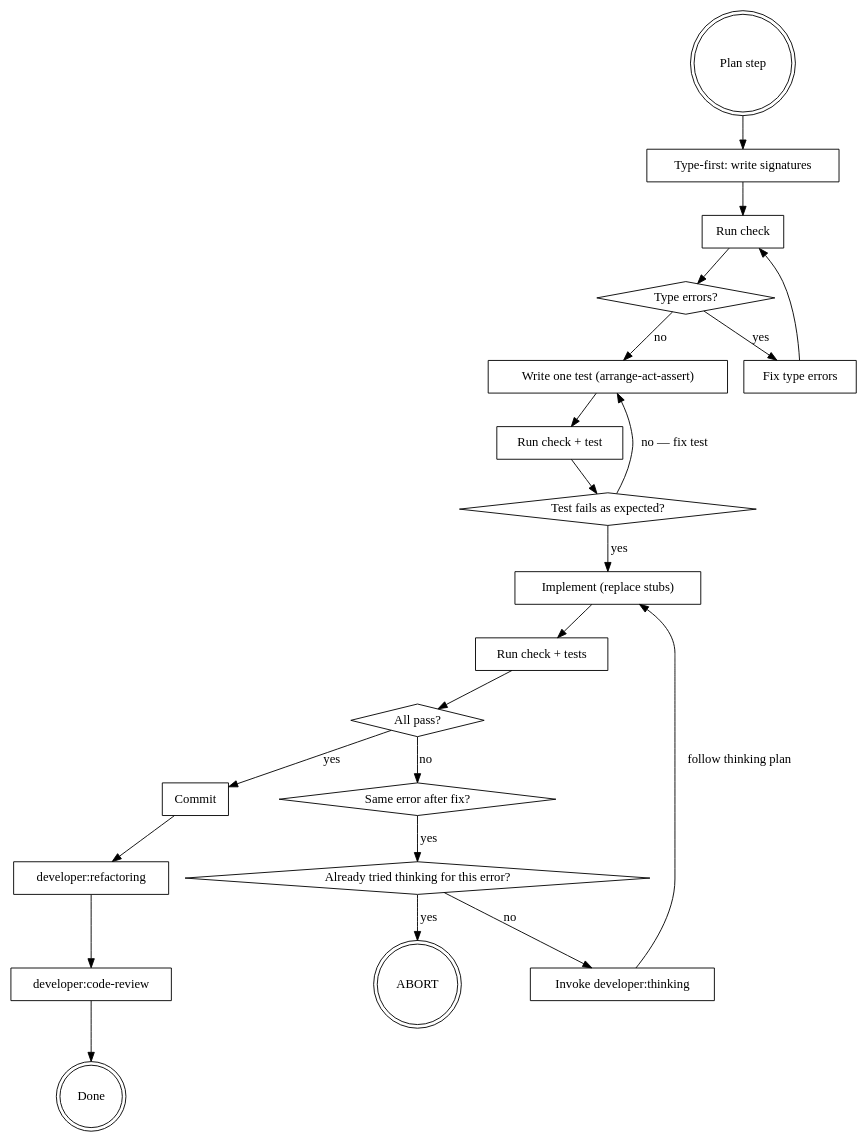
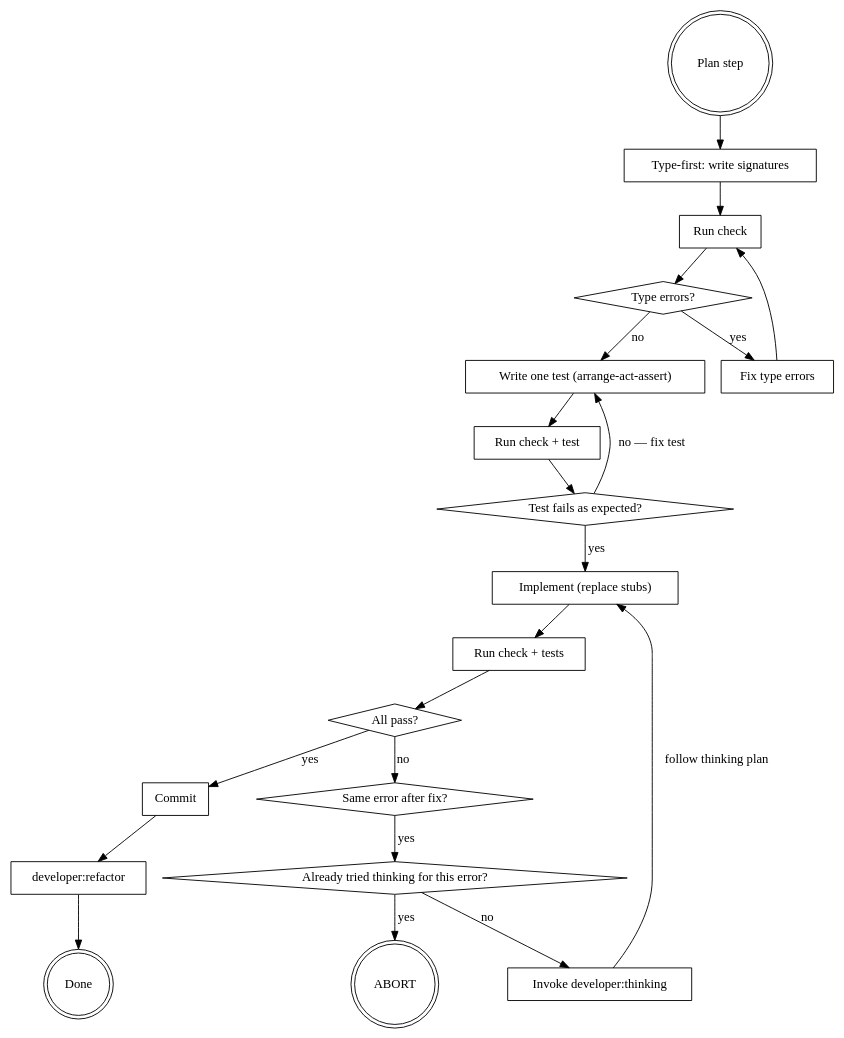
One commit to DavidSouther/domain-driven-design changed the diagram in developer/skills/red-green-refactor/SKILL.md. Above: the diagram before and after it, drawn with Graphviz. The commit also changed other lines of this file and 8 other files, not shown here.

Commit message:
Consolidate code-review into refactor

````diff
--- a/developer/skills/red-green-refactor/SKILL.md
+++ b/developer/skills/red-green-refactor/SKILL.md
@@ -16,45 +16,43 @@
 ```dot
 digraph rgr {
     "Plan step" [shape=doublecircle];
     "Type-first: write signatures" [shape=box];
     "Run check" [shape=box];
     "Type errors?" [shape=diamond];
     "Fix type errors" [shape=box];
     "Write one test (arrange-act-assert)" [shape=box];
     "Run check + test" [shape=box];
     "Test fails as expected?" [shape=diamond];
     "Implement (replace stubs)" [shape=box];
     "Run check + tests" [shape=box];
     "All pass?" [shape=diamond];
     "Same error after fix?" [shape=diamond];
     "Invoke developer:thinking" [shape=box];
     "Already tried thinking for this error?" [shape=diamond];
     "ABORT" [shape=doublecircle];
     "Commit" [shape=box];
-    "developer:refactoring" [shape=box];
-    "developer:code-review" [shape=box];
+    "developer:refactor" [shape=box];
     "Done" [shape=doublecircle];
 
     "Plan step" -> "Type-first: write signatures";
     "Type-first: write signatures" -> "Run check";
     "Run check" -> "Type errors?" ;
     "Type errors?" -> "Fix type errors" [label="yes"];
     "Fix type errors" -> "Run check";
     "Type errors?" -> "Write one test (arrange-act-assert)" [label="no"];
     "Write one test (arrange-act-assert)" -> "Run check + test";
     "Run check + test" -> "Test fails as expected?" ;
     "Test fails as expected?" -> "Implement (replace stubs)" [label="yes"];
     "Test fails as expected?" -> "Write one test (arrange-act-assert)" [label="no — fix test"];
     "Implement (replace stubs)" -> "Run check + tests";
     "Run check + tests" -> "All pass?" ;
     "All pass?" -> "Same error after fix?" [label="no"];
     "Same error after fix?" -> "Already tried thinking for this error?" [label="yes"];
     "Already tried thinking for this error?" -> "ABORT" [label="yes"];
     "Already tried thinking for this error?" -> "Invoke developer:thinking" [label="no"];
     "Invoke developer:thinking" -> "Implement (replace stubs)" [label="follow thinking plan"];
     "All pass?" -> "Commit" [label="yes"];
-    "Commit" -> "developer:refactoring";
-    "developer:refactoring" -> "developer:code-review";
-    "developer:code-review" -> "Done";
+    "Commit" -> "developer:refactor";
+    "developer:refactor" -> "Done";
 }
 ```
````
